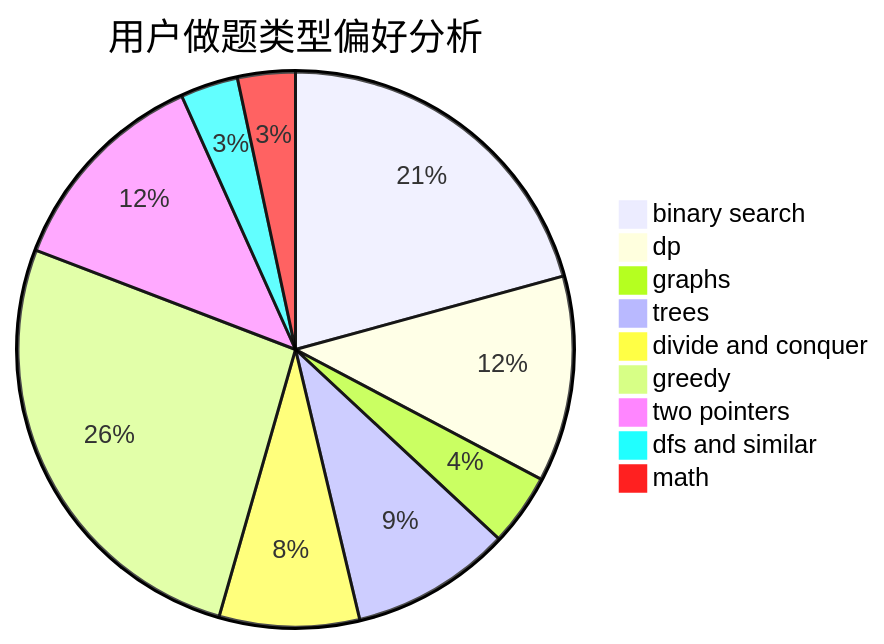
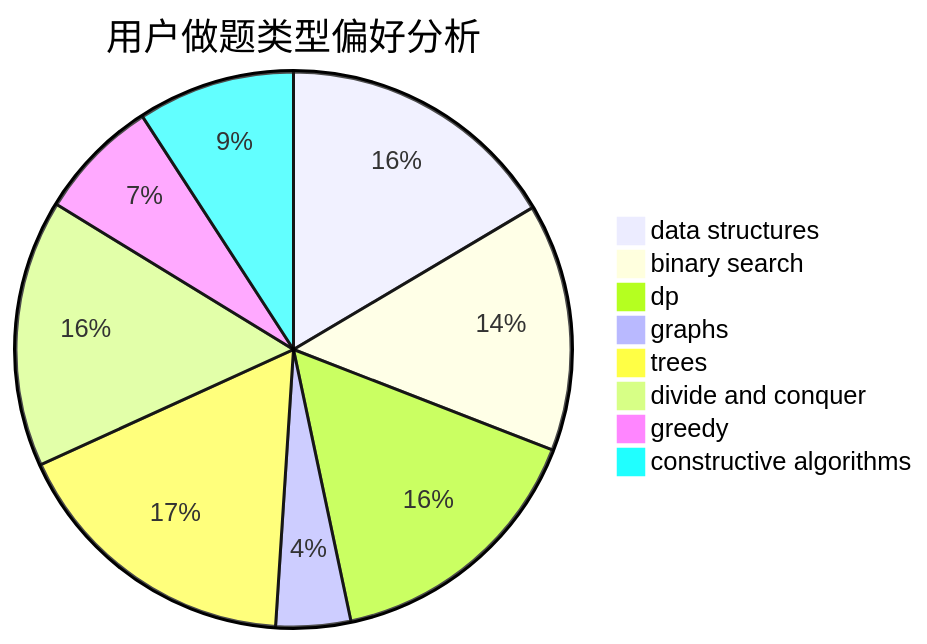
The second of 3 diagrams in docs/user/u385.md (sherpahu/cfrs.github.io), drawn with Mermaid before and after one commit. The commit also changed other lines of this file and 2775 other files, not shown here.

````diff
--- a/docs/user/u385.md
+++ b/docs/user/u385.md
@@ -23,12 +23,11 @@
 ```mermaid
 pie title 用户做题类型偏好分析
-    "binary search" :  173
-    "dp" :  100
-    "graphs" :  35
-    "trees" :  78
+    "data structures" :  72
+    "binary search" :  63
+    "dp" :  69
+    "graphs" :  19
+    "trees" :  75
     "divide and conquer" :  68
-    "greedy" :  220
-    "two pointers" :  104
-    "dfs and similar" :  28
-    "math" :  28
+    "greedy" :  31
+    "constructive algorithms" :  40
 ```
````
